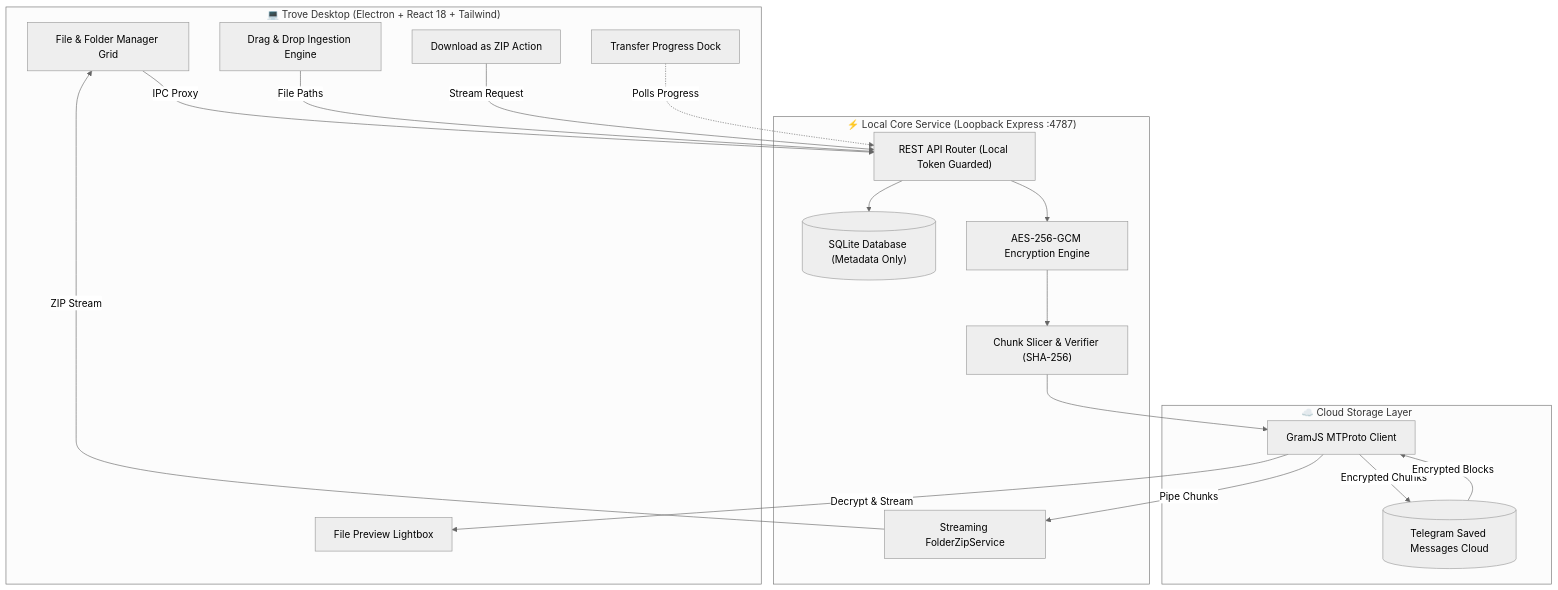
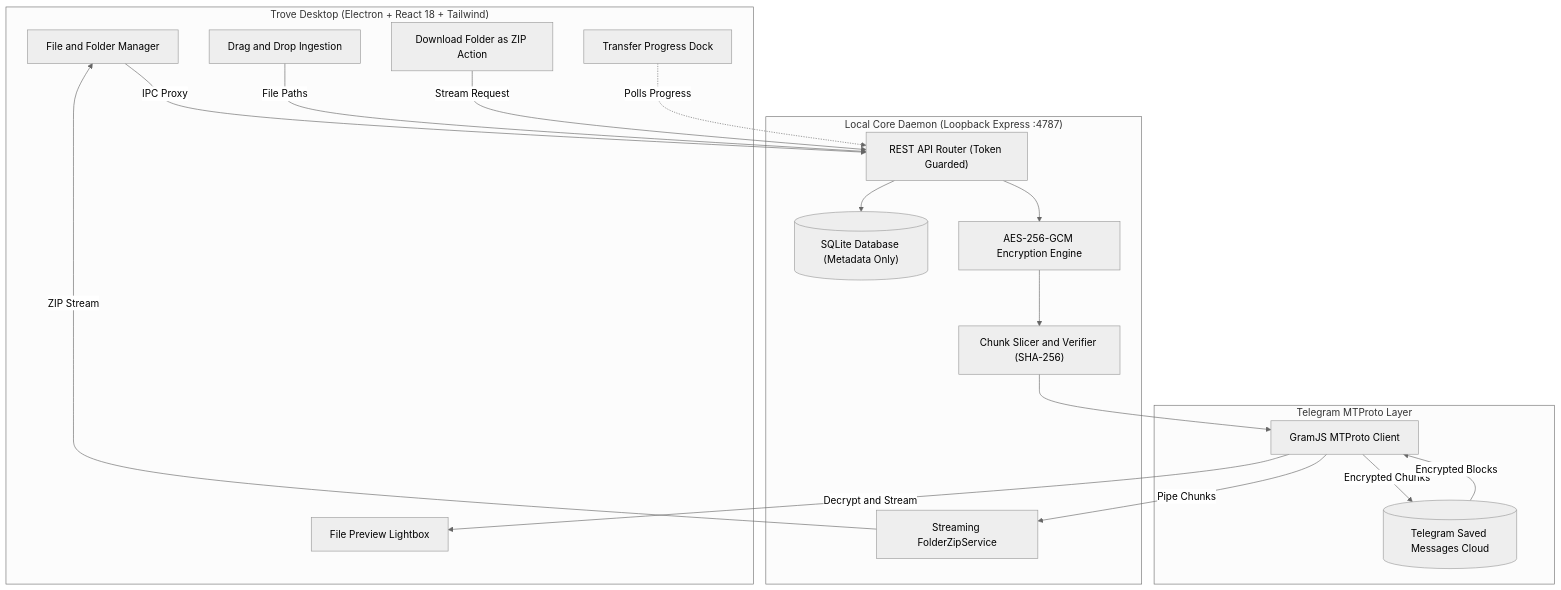
Before and after one commit to Daksh-create349/TROVE: the diagram in README.md, drawn with Mermaid (neutral theme). The commit also changed other lines of this file and 4 other files, not shown here.

````diff
--- a/README.md
+++ b/README.md
@@ -74,38 +99,38 @@
 ```mermaid
 flowchart TD
-    subgraph Frontend ["💻 Trove Desktop (Electron + React 18 + Tailwind)"]
-        UI["File & Folder Manager Grid"]
-        DD["Drag & Drop Ingestion Engine"]
-        ZBTN["Download as ZIP Action"]
+    subgraph Frontend ["Trove Desktop (Electron + React 18 + Tailwind)"]
+        UI["File and Folder Manager"]
+        DD["Drag and Drop Ingestion"]
+        ZBTN["Download Folder as ZIP Action"]
         PVW["File Preview Lightbox"]
         BAR["Transfer Progress Dock"]
     end
 
-    subgraph LocalCore ["⚡ Local Core Service (Loopback Express :4787)"]
-        API["REST API Router (Local Token Guarded)"]
+    subgraph LocalCore ["Local Core Daemon (Loopback Express :4787)"]
+        API["REST API Router (Token Guarded)"]
         SQL[("SQLite Database (Metadata Only)")]
         CRYPT["AES-256-GCM Encryption Engine"]
-        CHUNK["Chunk Slicer & Verifier (SHA-256)"]
+        CHUNK["Chunk Slicer and Verifier (SHA-256)"]
         ZIP["Streaming FolderZipService"]
     end
 
-    subgraph CloudLayer ["☁️ Cloud Storage Layer"]
+    subgraph CloudLayer ["Telegram MTProto Layer"]
         GRAM["GramJS MTProto Client"]
         TG[("Telegram Saved Messages Cloud")]
     end
 
     UI -->|IPC Proxy| API
     DD -->|File Paths| API
     ZBTN -->|Stream Request| API
     
     API --> SQL
     API --> CRYPT
     CRYPT --> CHUNK
     CHUNK --> GRAM
     GRAM -->|Encrypted Chunks| TG
     TG -->|Encrypted Blocks| GRAM
-    GRAM -->|Decrypt & Stream| PVW
+    GRAM -->|Decrypt and Stream| PVW
     GRAM -->|Pipe Chunks| ZIP
     ZIP -->|ZIP Stream| UI
     BAR -.->|Polls Progress| API
 ```
````
